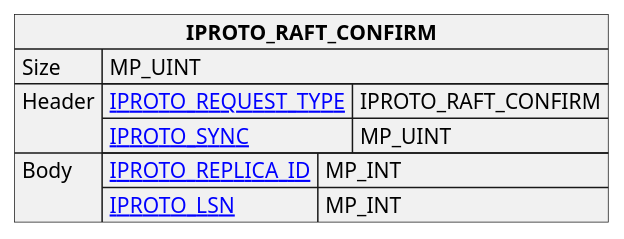
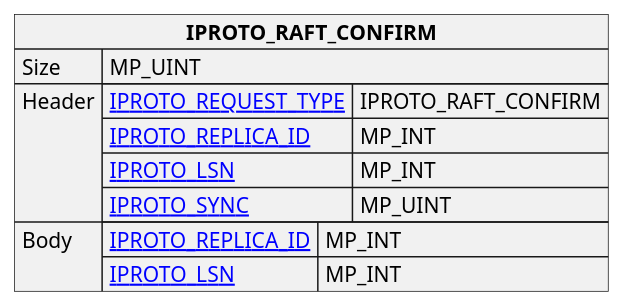
One commit to tarantool/doc changed the diagram in doc/dev_guide/internals/iproto/images/repl_raft_confirm.puml. Above: the diagram before and after it, drawn with PlantUML. The commit also changed 6 other files, not shown here.

```diff
--- a/doc/dev_guide/internals/iproto/images/repl_raft_confirm.puml
+++ b/doc/dev_guide/internals/iproto/images/repl_raft_confirm.puml
@@ -1,22 +1,24 @@
 @startuml
 
 skinparam map {
     HyperlinkColor #0077FF
     FontColor #313131
     BorderColor #313131
     BackgroundColor transparent
 }
 
 json "**IPROTO_RAFT_CONFIRM**" as raft_confirm {
     "Size": "MP_UINT",
     "Header": {
       "[[https://tarantool.io/en/doc/latest/dev_guide/internals/iproto/keys IPROTO_REQUEST_TYPE]]": "IPROTO_RAFT_CONFIRM",
+      "[[https://tarantool.io/en/doc/latest/dev_guide/internals/iproto/keys IPROTO_REPLICA_ID]]": "MP_INT",
+      "[[https://tarantool.io/en/doc/latest/dev_guide/internals/iproto/keys IPROTO_LSN]]": "MP_INT", 
       "[[https://tarantool.io/en/doc/latest/dev_guide/internals/iproto/keys IPROTO_SYNC]]": "MP_UINT"
     },
     "Body": {
       "[[https://tarantool.io/en/doc/latest/dev_guide/internals/iproto/keys IPROTO_REPLICA_ID]]": "MP_INT",
       "[[https://tarantool.io/en/doc/latest/dev_guide/internals/iproto/keys IPROTO_LSN]]": "MP_INT"      
     }
 }
 
 @enduml
```
